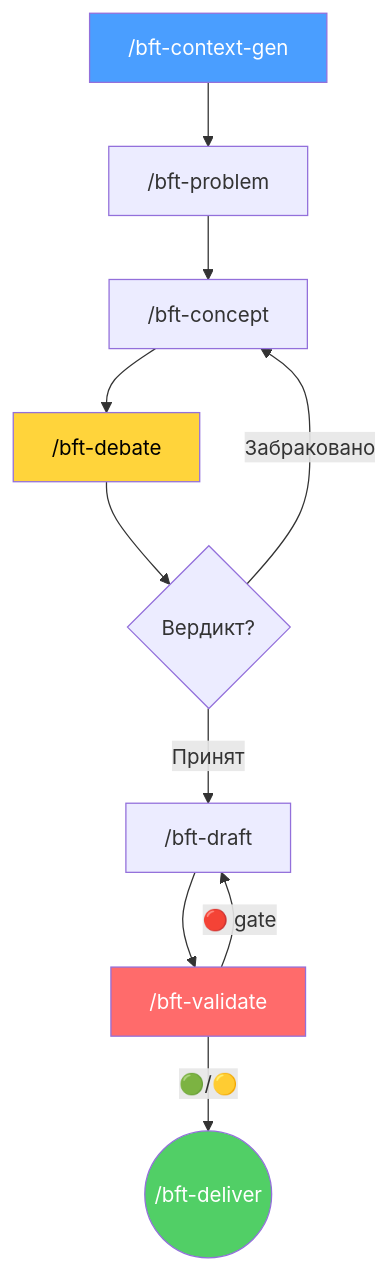
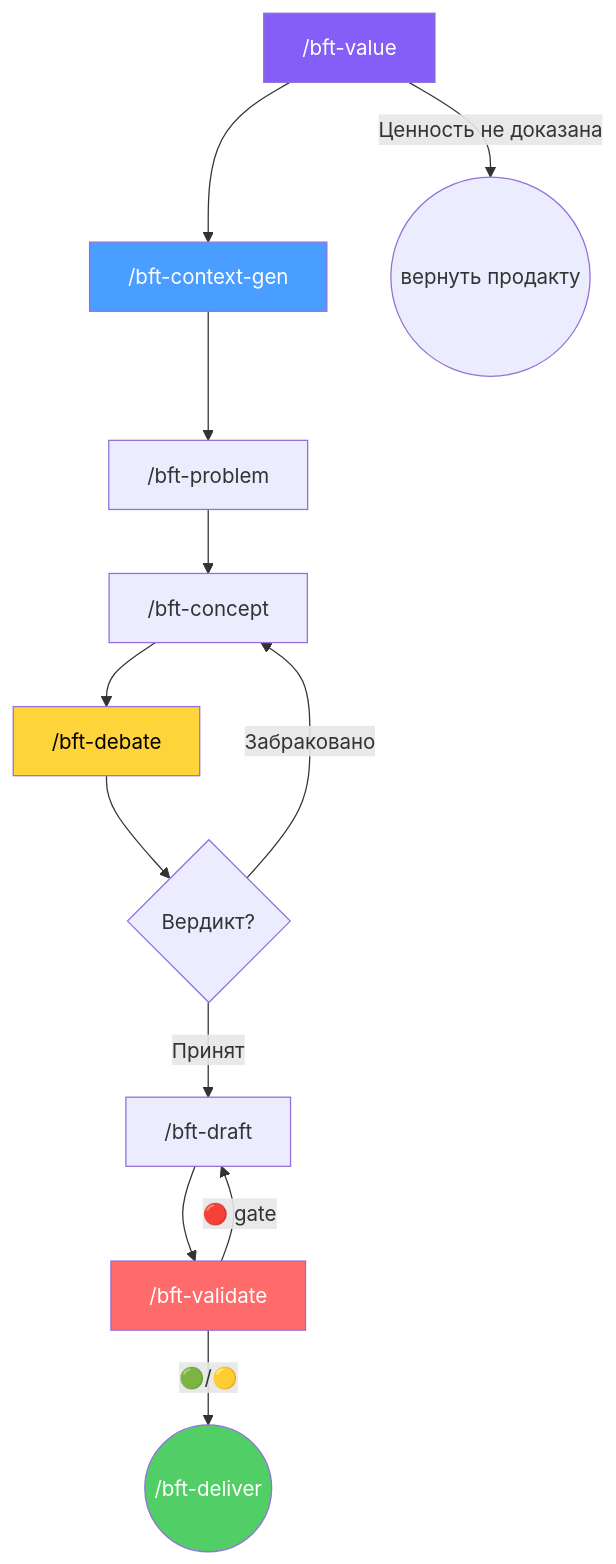
The third of 3 diagrams in README.md (kibarik/po-helper), drawn with Mermaid before and after one commit. The commit also changed other lines of this file and 9 other files, not shown here.

First line of the commit message:
feat(bft): стадия 0 /bft-value — продуктовая ценность первым шагом

````diff
--- a/README.md
+++ b/README.md
@@ -116,14 +116,16 @@
 ```mermaid
 flowchart TD
-    A["/bft-context-gen"] --> B["/bft-problem"] --> C["/bft-concept"] --> D["/bft-debate"]
+    V["/bft-value"] --> A["/bft-context-gen"] --> B["/bft-problem"] --> C["/bft-concept"] --> D["/bft-debate"]
+    V -->|"Ценность не доказана"| X(("вернуть продакту"))
     D --> E{Вердикт?}
     E -->|"Принят"| F["/bft-draft"]
     E -->|"Забраковано"| C
     F --> G["/bft-validate"]
     G -->|"🟢/🟡"| H(("/bft-deliver"))
     G -->|"🔴 gate"| F
+    style V fill:#845ef7,color:#fff
     style A fill:#4a9eff,color:#fff
     style D fill:#ffd43b,color:#000
     style G fill:#ff6b6b,color:#fff
     style H fill:#51cf66,color:#fff
 ```
````
